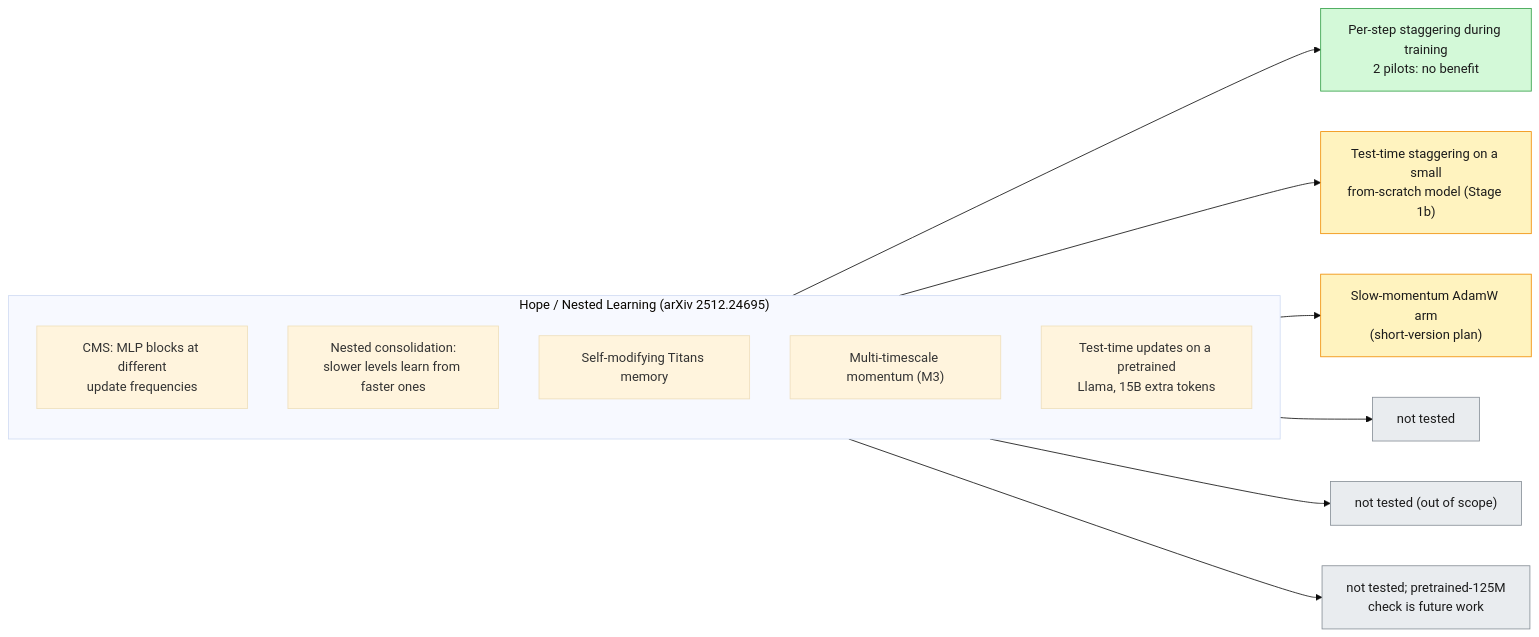
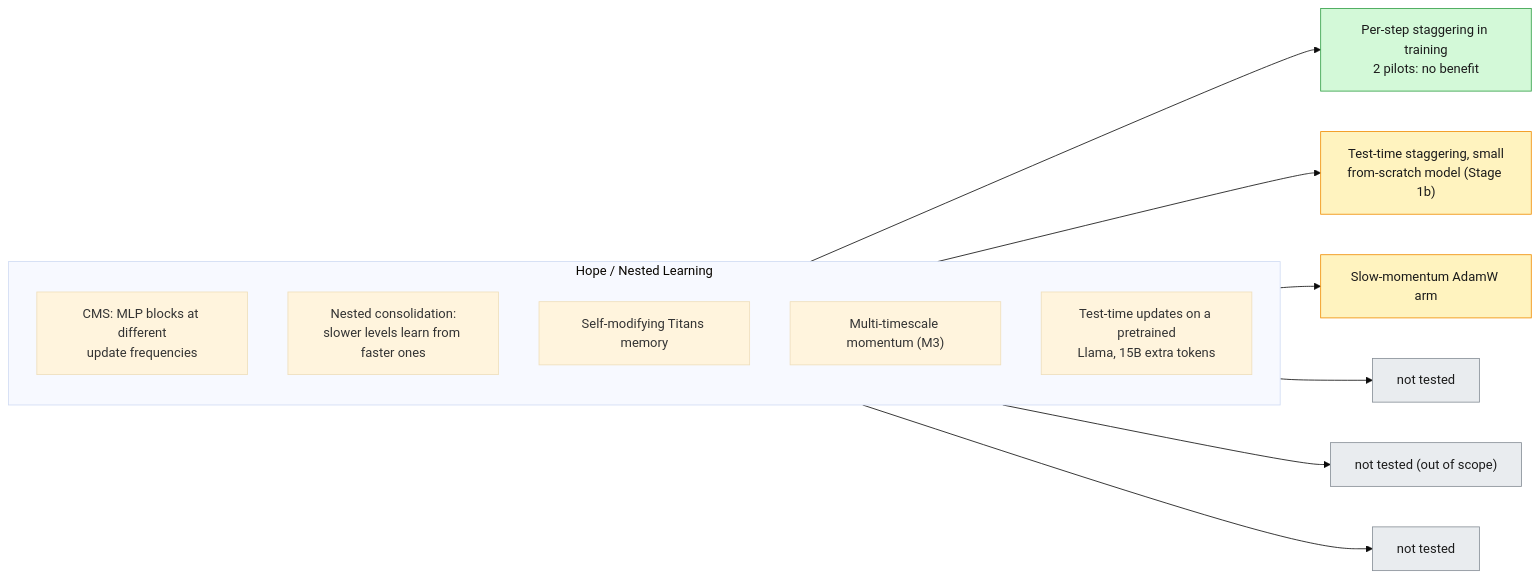
One commit to sykeriin/catadye changed the second of 2 diagrams in README.md. Above: the diagram before and after it, drawn with Mermaid (base theme). The commit also changed other lines of this file and 3 other files, not shown here.

````diff
--- a/README.md
+++ b/README.md
@@ -78,23 +74,23 @@
 ```mermaid
 flowchart LR
-    subgraph HOPE["Hope / Nested Learning (arXiv 2512.24695)"]
+    subgraph HOPE["Hope / Nested Learning"]
         direction TB
         C1["CMS: MLP blocks at different<br/>update frequencies"]
         C2["Nested consolidation:<br/>slower levels learn from faster ones"]
         C3["Self-modifying Titans memory"]
         C4["Multi-timescale momentum (M3)"]
         C5["Test-time updates on a pretrained<br/>Llama, 15B extra tokens"]
     end
-    C1 --> T1["Per-step staggering during training<br/>2 pilots: no benefit"]
-    C1 --> T2["Test-time staggering on a small<br/>from-scratch model (Stage 1b)"]
-    C4 --> T3["Slow-momentum AdamW arm<br/>(short-version plan)"]
+    C1 --> T1["Per-step staggering in training<br/>2 pilots: no benefit"]
+    C1 --> T2["Test-time staggering, small<br/>from-scratch model (Stage 1b)"]
+    C4 --> T3["Slow-momentum AdamW arm"]
     C2 --> N1["not tested"]
     C3 --> N2["not tested (out of scope)"]
-    C5 --> N3["not tested; pretrained-125M<br/>check is future work"]
+    C5 --> N3["not tested"]
     classDef done fill:#d3f9d8,stroke:#2f9e44,color:#1b1b1b
     classDef plan fill:#fff3bf,stroke:#f08c00,color:#1b1b1b
     classDef none fill:#e9ecef,stroke:#868e96,color:#1b1b1b
     class T1 done
     class T2,T3 plan
     class N1,N2,N3 none
 ```
````
